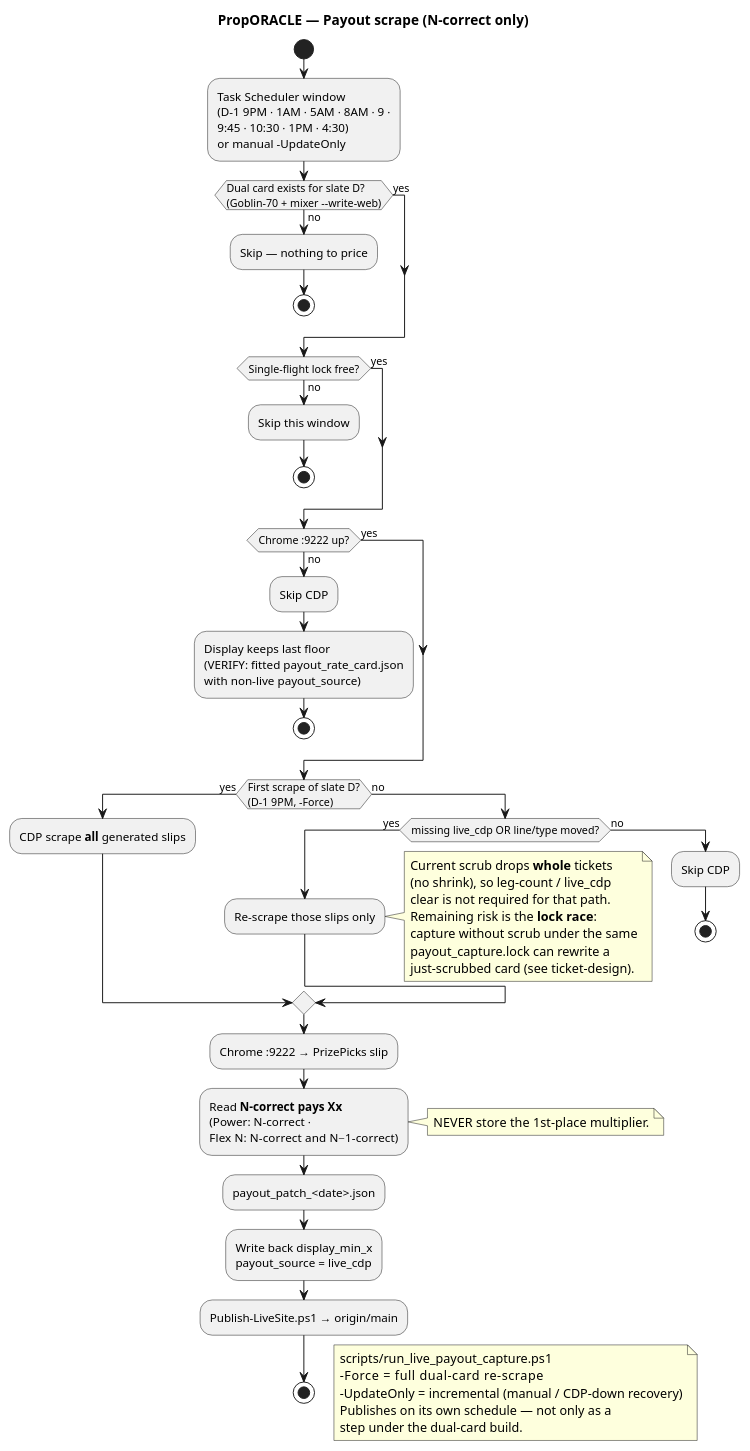
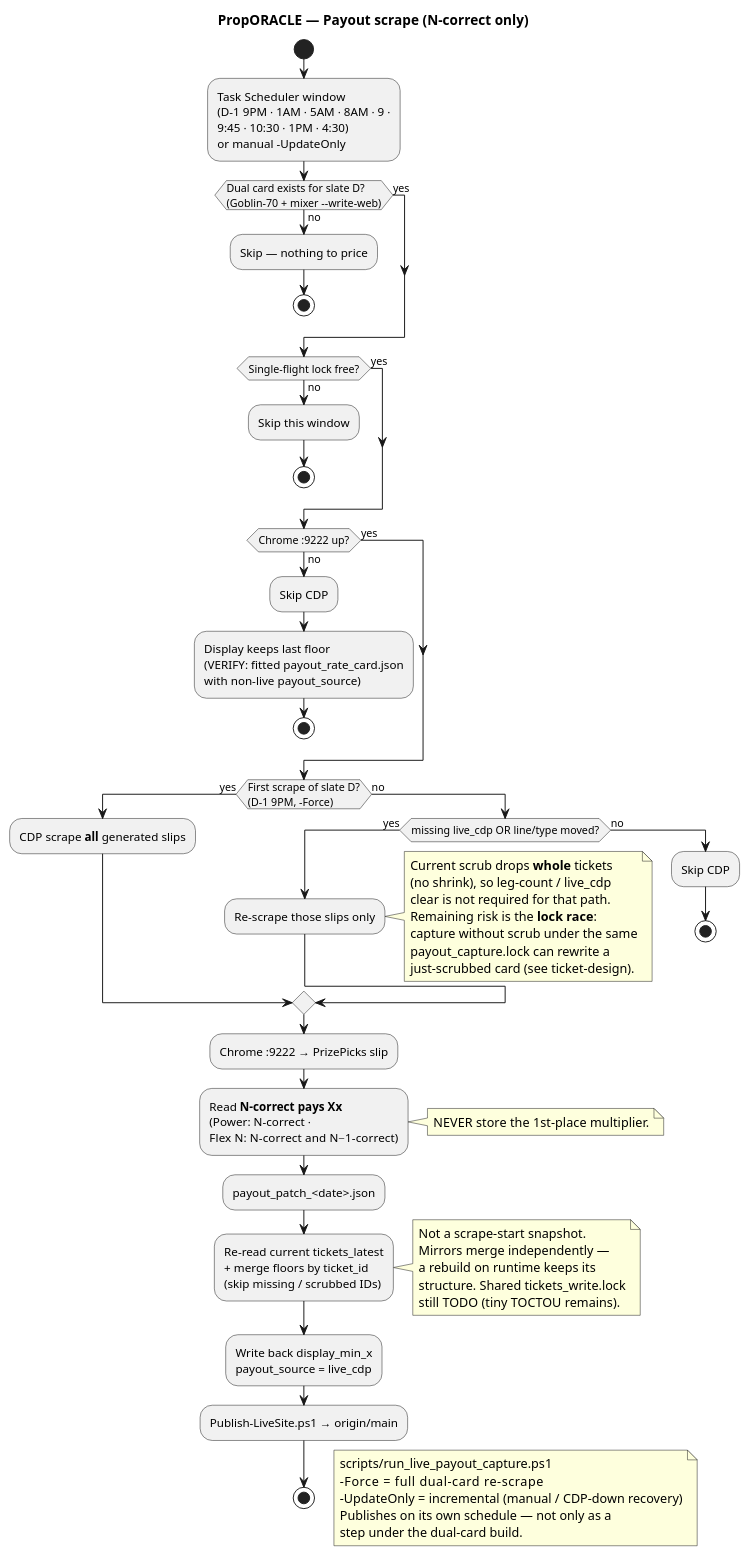
Before and after one commit to halekevi/PropORACLE: the diagram in docs/diagrams/payout-scrape.puml, drawn with PlantUML. The commit also changed 1 other file, not shown here.

Commit message:
docs: Note capture merge write-back and reverse-race harmlessness.
Fix 2 closes resurrection of scrubbed/rebuilt slips; shared lock remains TODO.

```diff
--- a/docs/diagrams/payout-scrape.puml
+++ b/docs/diagrams/payout-scrape.puml
@@ -1,68 +1,76 @@
 @startuml PropORACLE_Payout_Scrape
 ' Payout capture — PrizePicks N-correct via CDP; a scheduled publisher in its own right
 ' Render: PlantUML extension or https://www.plantuml.com/plantuml
 
 title PropORACLE — Payout scrape (N-correct only)
 
 start
 :Task Scheduler window\n(D-1 9PM · 1AM · 5AM · 8AM · 9 ·\n9:45 · 10:30 · 1PM · 4:30)\nor manual -UpdateOnly;
 
 if (Dual card exists for slate D?\n(Goblin-70 + mixer --write-web)) then (no)
   :Skip — nothing to price;
   stop
 else (yes)
 endif
 
 if (Single-flight lock free?) then (no)
   :Skip this window;
   stop
 else (yes)
 endif
 
 if (Chrome :9222 up?) then (no)
   :Skip CDP;
   :Display keeps last floor\n(VERIFY: fitted payout_rate_card.json\nwith non-live payout_source);
   stop
 else (yes)
 endif
 
 if (First scrape of slate D?\n(D-1 9PM, -Force)) then (yes)
   :CDP scrape **all** generated slips;
 else (no)
   if (missing live_cdp OR line/type moved?) then (yes)
     :Re-scrape those slips only;
     note right
       Current scrub drops **whole** tickets
       (no shrink), so leg-count / live_cdp
       clear is not required for that path.
       Remaining risk is the **lock race**:
       capture without scrub under the same
       payout_capture.lock can rewrite a
       just-scrubbed card (see ticket-design).
     end note
   else (no)
     :Skip CDP;
     stop
   endif
 endif
 
 :Chrome :9222 → PrizePicks slip;
 :Read **N-correct pays Xx**\n(Power: N-correct ·\nFlex N: N-correct and N−1-correct);
 note right
   NEVER store the 1st-place multiplier.
 end note
 
 :payout_patch_<date>.json;
+:Re-read current tickets_latest\n+ merge floors by ticket_id\n(skip missing / scrubbed IDs);
+note right
+  Not a scrape-start snapshot.
+  Mirrors merge independently —
+  a rebuild on runtime keeps its
+  structure. Shared tickets_write.lock
+  still TODO (tiny TOCTOU remains).
+end note
 :Write back display_min_x\npayout_source = live_cdp;
 :Publish-LiveSite.ps1 → origin/main;
 stop
 
 floating note right
   scripts/run_live_payout_capture.ps1
   -Force      = full dual-card re-scrape
   -UpdateOnly = incremental (manual / CDP-down recovery)
   Publishes on its own schedule — not only as a
   step under the dual-card build.
 end note
 
 @enduml
```
